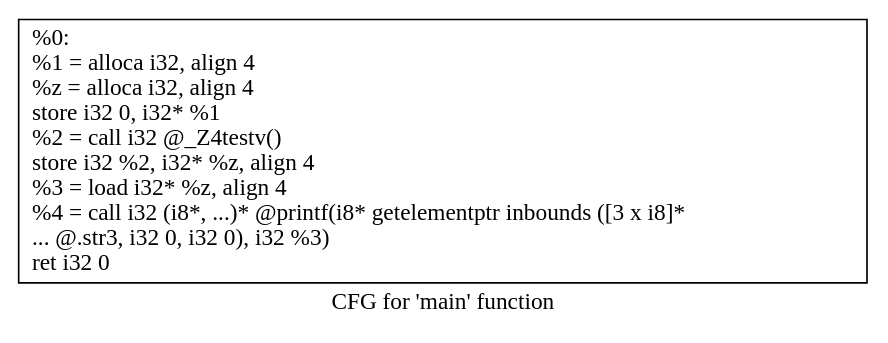
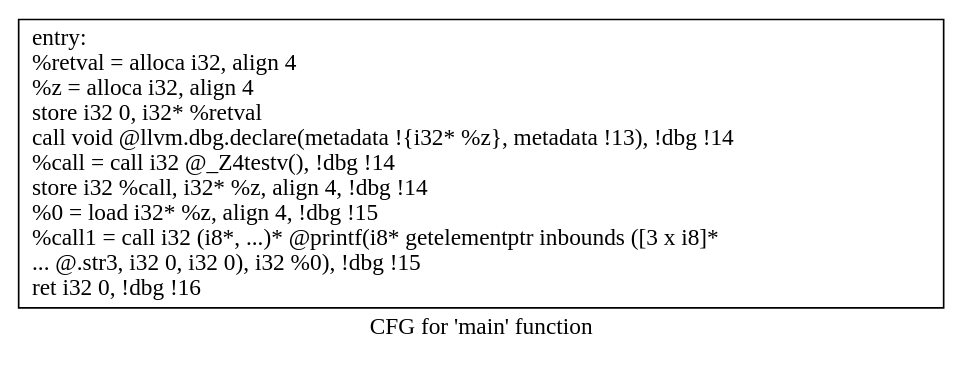
Before and after one commit to ddr2108/CS6241-Array_Bounding: the diagram in Work/Pass/Part 2/cfg.main.dot, drawn with Graphviz. The commit also changed 1 other file, not shown here.

```diff
--- a/Work/Pass/Part 2/cfg.main.dot
+++ b/Work/Pass/Part 2/cfg.main.dot
@@ -1,5 +1,5 @@
 digraph "CFG for 'main' function" {
 	label="CFG for 'main' function";
 
-	Node0x9a356c0 [shape=record,label="{%0:\l  %1 = alloca i32, align 4\l  %z = alloca i32, align 4\l  store i32 0, i32* %1\l  %2 = call i32 @_Z4testv()\l  store i32 %2, i32* %z, align 4\l  %3 = load i32* %z, align 4\l  %4 = call i32 (i8*, ...)* @printf(i8* getelementptr inbounds ([3 x i8]*\l... @.str3, i32 0, i32 0), i32 %3)\l  ret i32 0\l}"];
+	Node0x34539f0 [shape=record,label="{entry:\l  %retval = alloca i32, align 4\l  %z = alloca i32, align 4\l  store i32 0, i32* %retval\l  call void @llvm.dbg.declare(metadata !\{i32* %z\}, metadata !13), !dbg !14\l  %call = call i32 @_Z4testv(), !dbg !14\l  store i32 %call, i32* %z, align 4, !dbg !14\l  %0 = load i32* %z, align 4, !dbg !15\l  %call1 = call i32 (i8*, ...)* @printf(i8* getelementptr inbounds ([3 x i8]*\l... @.str3, i32 0, i32 0), i32 %0), !dbg !15\l  ret i32 0, !dbg !16\l}"];
 }
```
